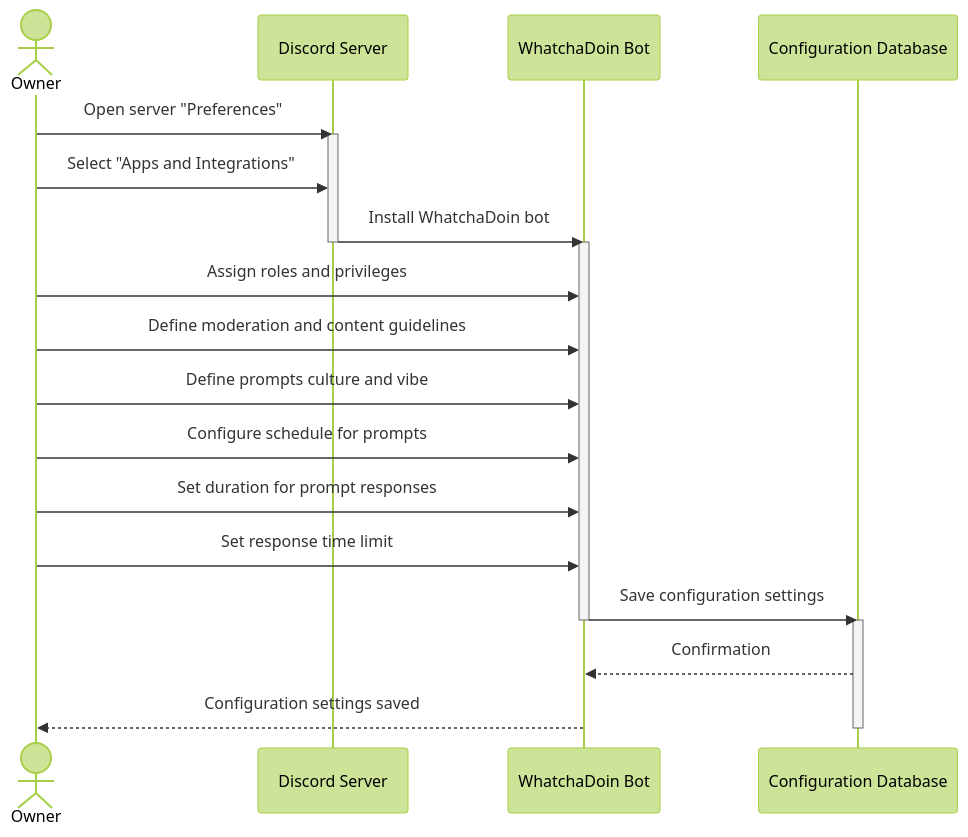
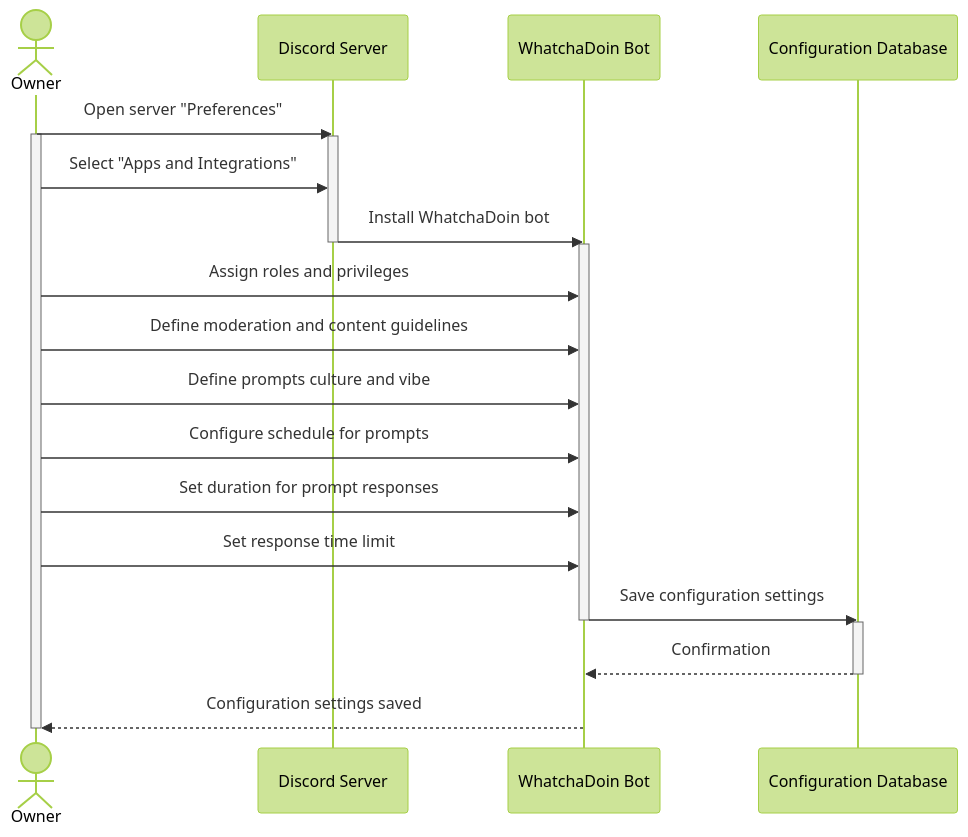
The third of 11 diagrams in documentation/docs/system-architecture/design.md (Capstone-Projects-2023-Fall/project-bereal-meets-slack), drawn with Mermaid (forest theme) before and after one commit. The commit also changed other lines of this file, not shown here.

````diff
--- a/documentation/docs/system-architecture/design.md
+++ b/documentation/docs/system-architecture/design.md
@@ -216,28 +216,30 @@
 ```mermaid
 
 sequenceDiagram
     actor Owner as Owner
     participant Discord as Discord Server
     participant WhatchaDoinBot as WhatchaDoin Bot
     participant Database as Configuration Database
 
     Owner ->> Discord: Open server "Preferences"
+    activate Owner
     activate Discord
     Owner ->> Discord: Select "Apps and Integrations"
     Discord ->> WhatchaDoinBot: Install WhatchaDoin bot
     deactivate Discord
     activate WhatchaDoinBot
     Owner ->> WhatchaDoinBot: Assign roles and privileges
     Owner ->> WhatchaDoinBot: Define moderation and content guidelines
     Owner ->> WhatchaDoinBot: Define prompts culture and vibe
     Owner ->> WhatchaDoinBot: Configure schedule for prompts
     Owner ->> WhatchaDoinBot: Set duration for prompt responses
     Owner ->> WhatchaDoinBot: Set response time limit
     WhatchaDoinBot ->> Database: Save configuration settings
     deactivate WhatchaDoinBot
     activate Database
     Database -->> WhatchaDoinBot: Confirmation
+    deactivate Database
     WhatchaDoinBot -->> Owner: Configuration settings saved
-    deactivate Database
+    deactivate Owner
 
 ```
````
